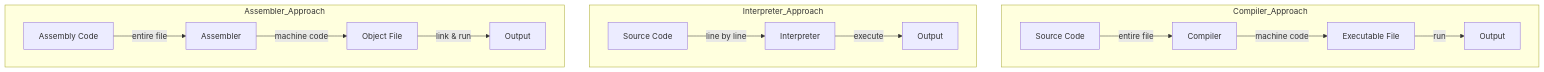
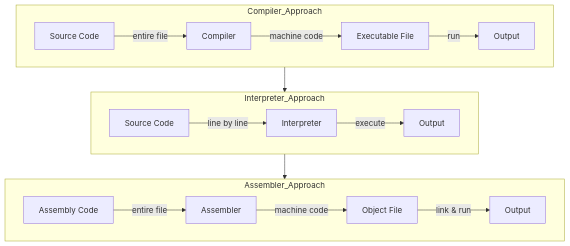
Before and after one commit to manishkumar8312/CS-Fundamentals: the first of 5 diagrams in Compiler Design/Ch 01 - Introduction to compilers.md, drawn with Mermaid.

Commit message:
intro to compiler

````diff
--- a/Compiler Design/Ch 01 - Introduction to compilers.md
+++ b/Compiler Design/Ch 01 - Introduction to compilers.md
@@ -20,19 +20,22 @@
 ```mermaid
 flowchart TD
     subgraph Compiler_Approach
         A1[Source Code] -->|entire file| B1[Compiler]
         B1 -->|machine code| C1[Executable File]
         C1 -->|run| D1[Output]
     end
 
     subgraph Interpreter_Approach
         A2[Source Code] -->|line by line| B2[Interpreter]
         B2 -->|execute| D2[Output]
     end
 
     subgraph Assembler_Approach
         A3[Assembly Code] -->|entire file| B3[Assembler]
         B3 -->|machine code| C3[Object File]
         C3 -->|link & run| D3[Output]
     end
+
+    Compiler_Approach --> Interpreter_Approach
+    Interpreter_Approach --> Assembler_Approach
 ```
````
